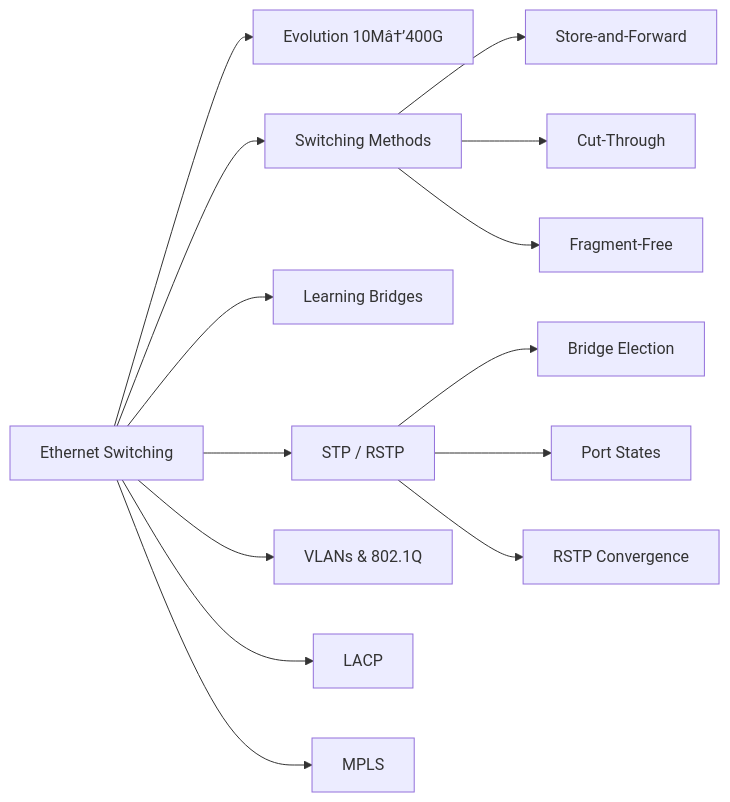
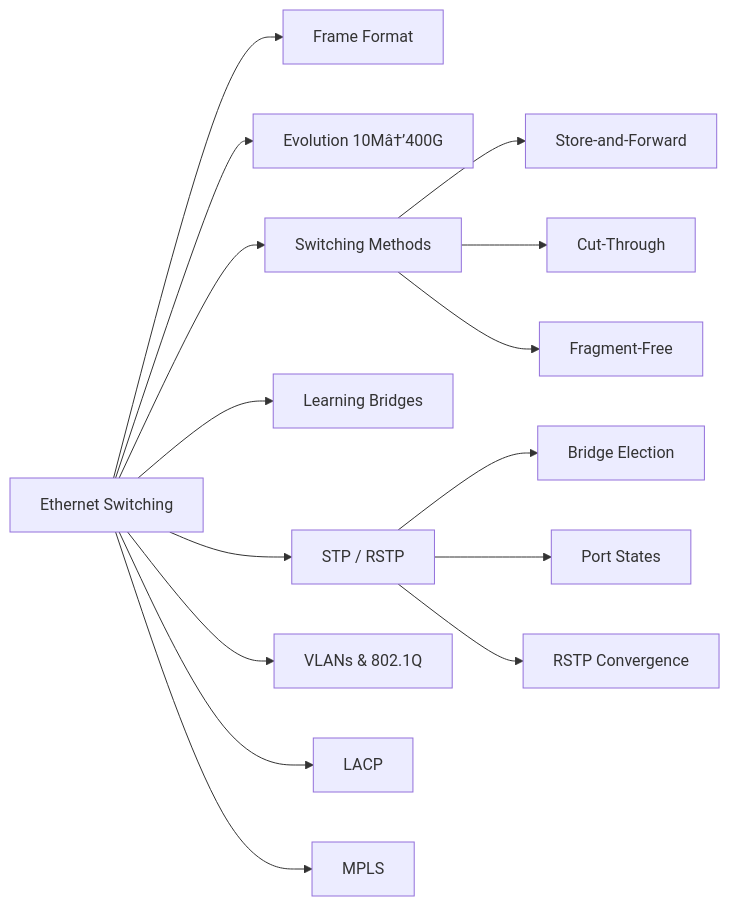
One commit to Raushan666java/ai-engineering-journey changed the diagram in docs/courses/computer-networks/05-ethernet-switching.md. Above: the diagram before and after it, drawn with Mermaid. The commit also changed other lines of this file and 17 other files, not shown here.

````diff
--- a/docs/courses/computer-networks/05-ethernet-switching.md
+++ b/docs/courses/computer-networks/05-ethernet-switching.md
@@ -29,16 +32,17 @@
 ```mermaid
 flowchart LR
-    A[Ethernet Switching] --> B[Evolution 10Mâ†’400G]
-    A --> C[Switching Methods]
-    A --> D[Learning Bridges]
-    A --> E[STP / RSTP]
-    A --> F[VLANs & 802.1Q]
-    A --> G[LACP]
-    A --> H[MPLS]
-    C --> C1[Store-and-Forward]
-    C --> C2[Cut-Through]
-    C --> C3[Fragment-Free]
-    E --> E1[Bridge Election]
-    E --> E2[Port States]
-    E --> E3[RSTP Convergence]
+    A[Ethernet Switching] --> B[Frame Format]
+    A --> C[Evolution 10Mâ†’400G]
+    A --> D[Switching Methods]
+    A --> E[Learning Bridges]
+    A --> F[STP / RSTP]
+    A --> G[VLANs & 802.1Q]
+    A --> H[LACP]
+    A --> I[MPLS]
+    D --> D1[Store-and-Forward]
+    D --> D2[Cut-Through]
+    D --> D3[Fragment-Free]
+    F --> F1[Bridge Election]
+    F --> F2[Port States]
+    F --> F3[RSTP Convergence]
 ```
````
